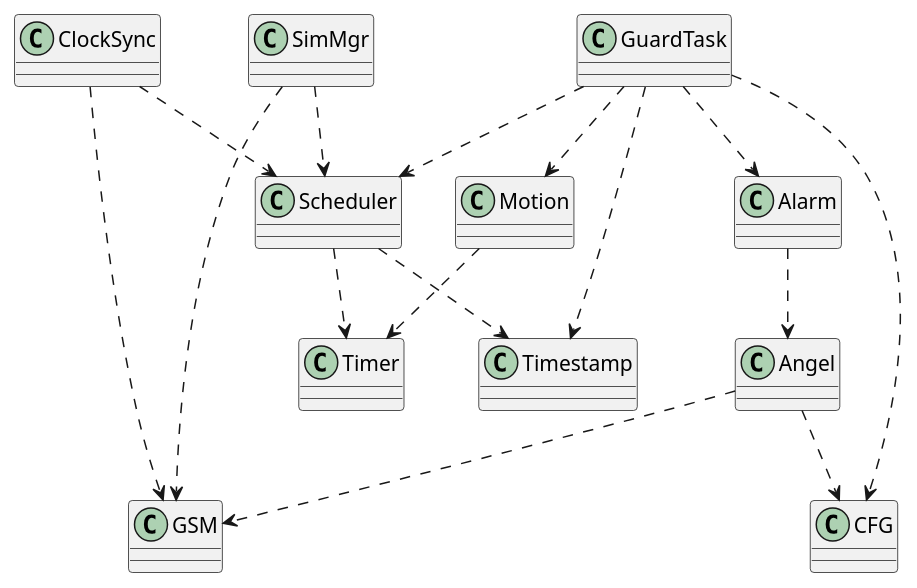
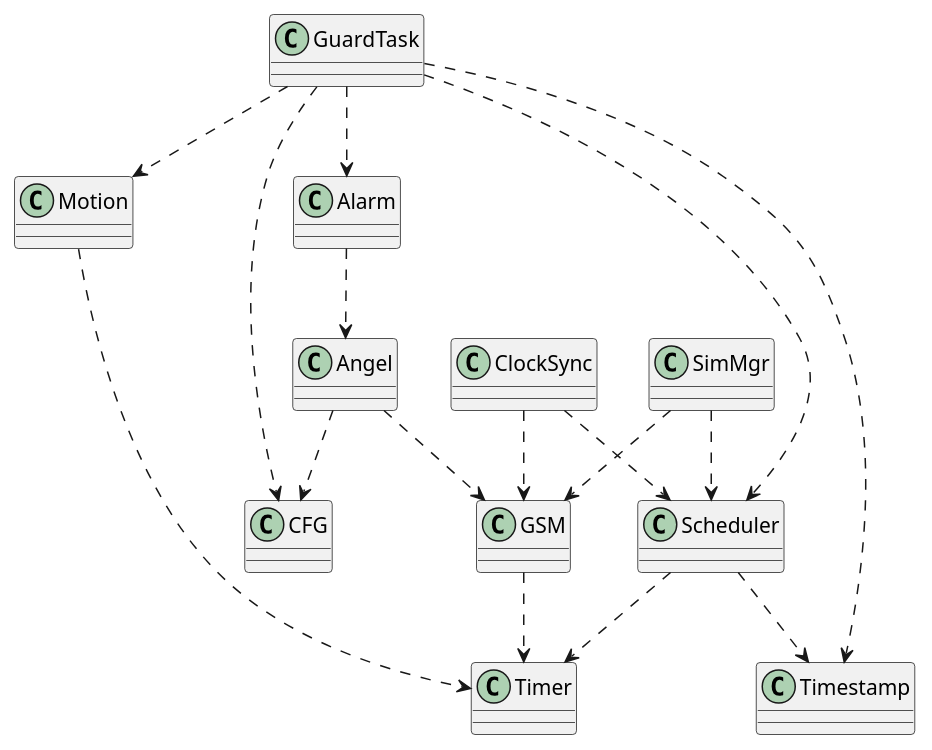
The diagram in GA-arduino/doc/Dependencies.puml (wilbert-alberts/GuardianAngel), drawn with PlantUML before and after one commit. The commit also changed 14 other files, not shown here.

```diff
--- a/GA-arduino/doc/Dependencies.puml
+++ b/GA-arduino/doc/Dependencies.puml
@@ -1,23 +1,23 @@
 @startuml
 
 GuardTask ..> Scheduler
 ClockSync ..> Scheduler
+GSM ..> Timer
 Scheduler ..> Timer
 Motion ..> Timer
 GuardTask ..> Alarm
 GuardTask ..> Motion
 ClockSync ..> GSM
 
 Alarm ..> Angel
 Angel ..> GSM
-
 
 Scheduler ..> Timestamp
 GuardTask ..> Timestamp
 SimMgr ..> Scheduler
 SimMgr ..> GSM
 
 Angel ..> CFG
 GuardTask ..> CFG
 
 @enduml
```
